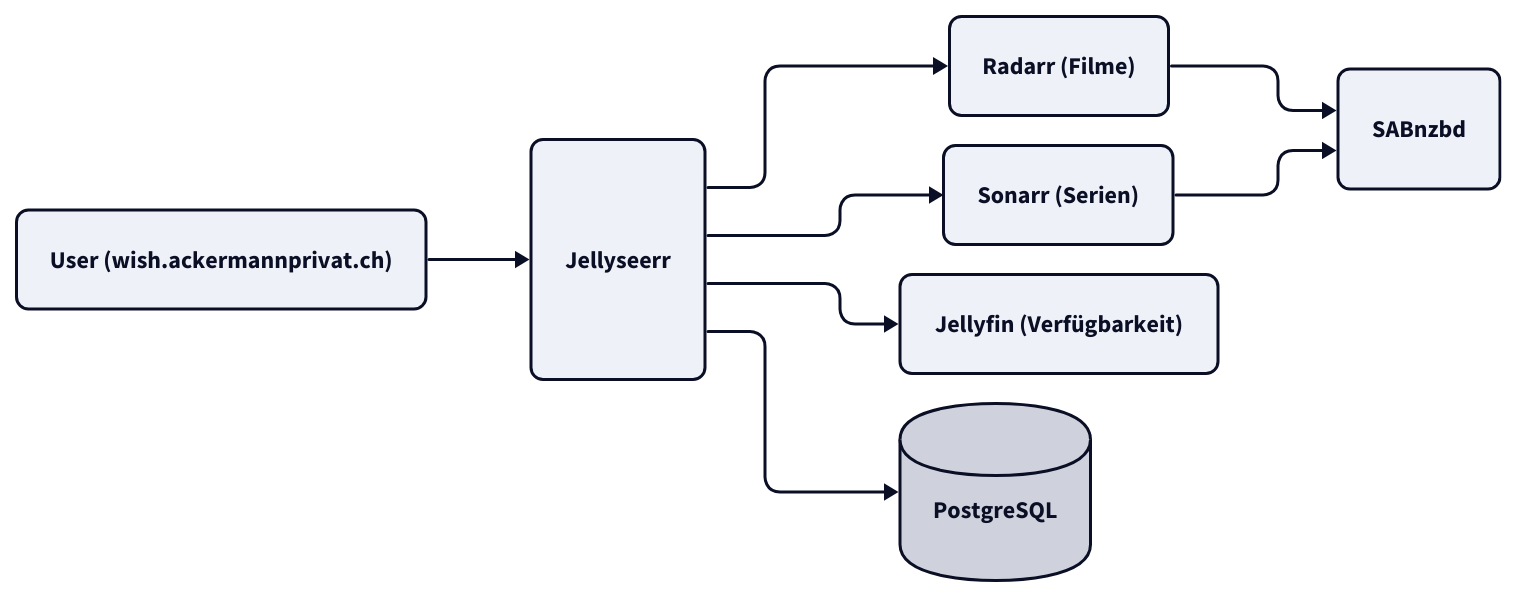
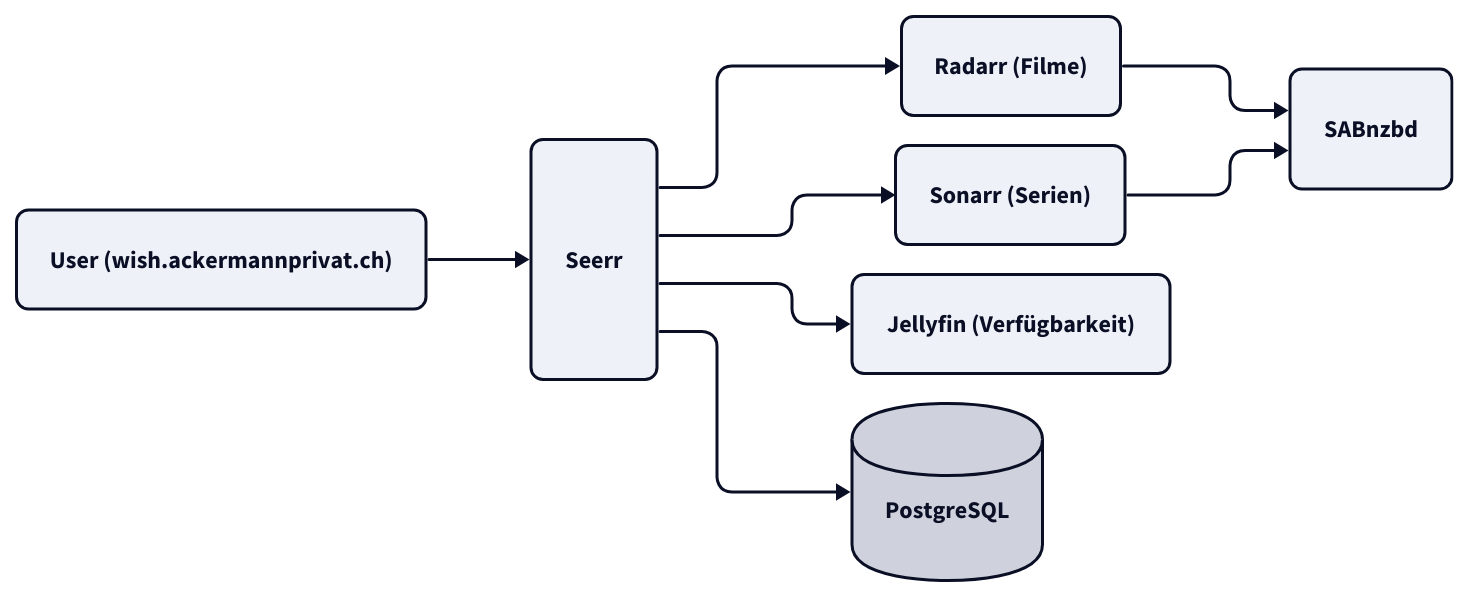
The diagram in docs/jellyseerr/index.md (derever-labs/homelab-wiki), drawn with D2 before and after one commit. The commit also changed other lines of this file, not shown here.

Commit message:
docs(jellyseerr): Seerr 3.3.0 Rename, CSI-Storage und Upgrade-Caveats

````diff
--- a/docs/jellyseerr/index.md
+++ b/docs/jellyseerr/index.md
@@ -27,25 +36,25 @@
 ```d2
 vars: {
   d2-config: {
     theme-id: 1
     layout-engine: elk
   }
 }
 direction: right
 
 USER: "User (wish.ackermannprivat.ch)" { style.border-radius: 8 }
-JS: Jellyseerr { style.border-radius: 8 }
+JS: Seerr { style.border-radius: 8 }
 RAD: "Radarr (Filme)" { style.border-radius: 8 }
 SON: "Sonarr (Serien)" { style.border-radius: 8 }
 JF: "Jellyfin (Verfügbarkeit)" { style.border-radius: 8 }
 SAB: SABnzbd { style.border-radius: 8 }
 PG: PostgreSQL { shape: cylinder }
 
 USER -> JS
 JS -> RAD
 JS -> SON
 JS -> JF
 RAD -> SAB
 SON -> SAB
 JS -> PG
 ```
````
